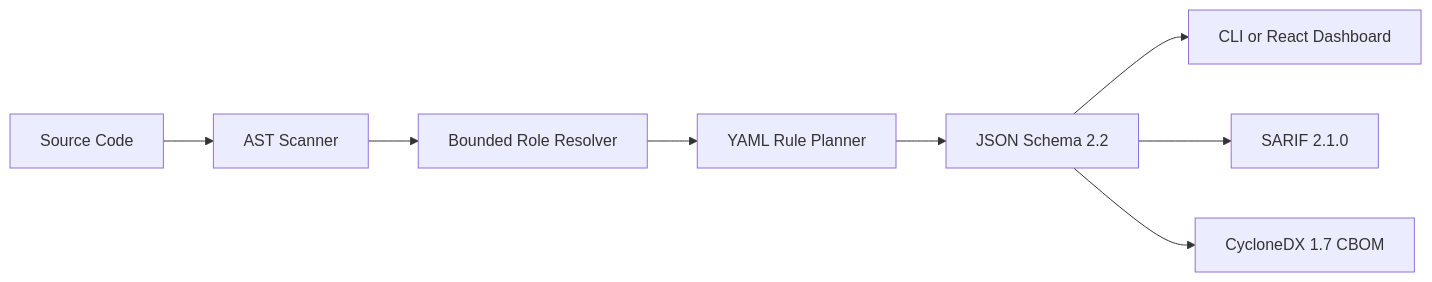
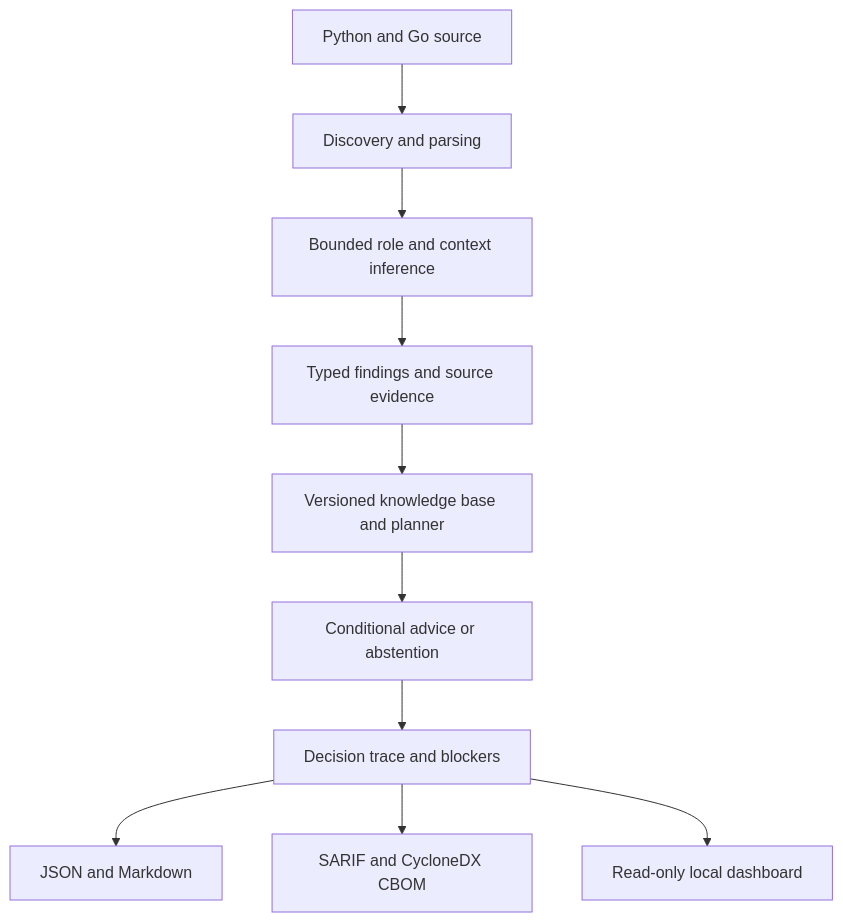
The diagram in README.md (Ratneshp1122/PQMigrate), drawn with Mermaid before and after one commit. The commit also changed other lines of this file, not shown here.

Commit message:
docs: describe implemented capabilities and bounded pilot evidence

````diff
--- a/README.md
+++ b/README.md
@@ -29,10 +28,12 @@
 ```mermaid
-graph LR
-    A[Source Code] --> B[AST Scanner]
-    B --> C[Bounded Role Resolver]
-    C --> D[YAML Rule Planner]
-    D --> E[JSON Schema 2.2]
-    E --> F[CLI or React Dashboard]
-    E --> G[SARIF 2.1.0]
-    E --> H[CycloneDX 1.7 CBOM]
+flowchart TD
+    A[Python and Go source] --> B[Discovery and parsing]
+    B --> C[Bounded role and context inference]
+    C --> D[Typed findings and source evidence]
+    D --> E[Versioned knowledge base and planner]
+    E --> F[Conditional advice or abstention]
+    F --> G[Decision trace and blockers]
+    G --> H[JSON and Markdown]
+    G --> I[SARIF and CycloneDX CBOM]
+    G --> J[Read-only local dashboard]
 ```
````
